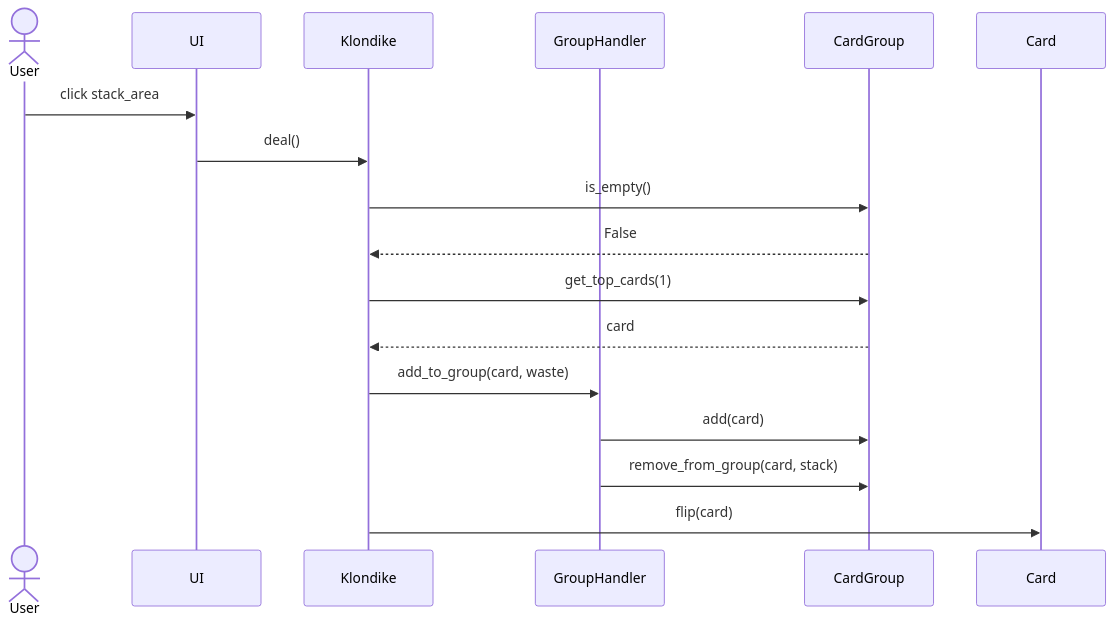
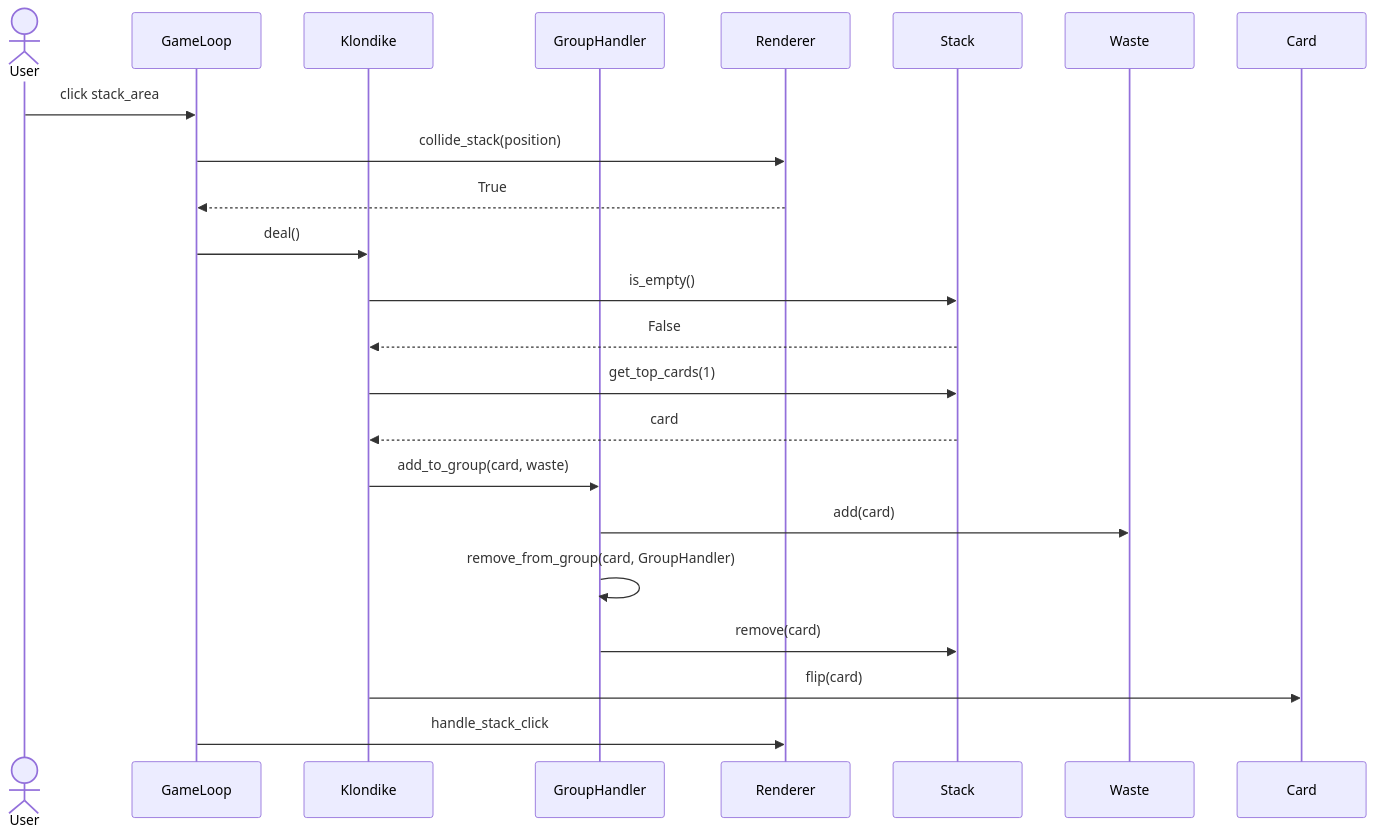
Before and after one commit to pankalai/ot-harjoitustyo: the fourth of 5 diagrams in pasianssi-app/dokumentaatio/arkkitehtuuri.md, drawn with Mermaid. The commit also changed other lines of this file and 59 other files, not shown here.

````diff
--- a/pasianssi-app/dokumentaatio/arkkitehtuuri.md
+++ b/pasianssi-app/dokumentaatio/arkkitehtuuri.md
@@ -114,20 +110,21 @@
 ```mermaid
 sequenceDiagram
   actor User
-  participant UI
+  participant GameLoop
   participant Klondike
   participant GroupHandler
-  User->>UI: click stack_area
-  UI->>Klondike: deal()
-  Klondike->>CardGroup: is_empty()
-  CardGroup-->>Klondike: False
-  Klondike->>CardGroup: get_top_cards(1)
-  CardGroup-->>Klondike: card
+  User->> GameLoop: click stack_area
+  GameLoop->>Renderer: collide_stack(position)
+  Renderer-->>GameLoop: True
+  GameLoop->>Klondike: deal()
+  Klondike->>Stack: is_empty()
+  Stack-->>Klondike: False
+  Klondike->>Stack: get_top_cards(1)
+  Stack-->>Klondike: card
   Klondike->>GroupHandler: add_to_group(card, waste)
-  GroupHandler->>CardGroup: add(card)
-  GroupHandler->>CardGroup: remove_from_group(card, stack)
-  Klondike->>Card: flip(card)
- 
-
-  
+  GroupHandler ->> Waste: add(card)
+  GroupHandler ->> GroupHandler: remove_from_group(card, GroupHandler)
+  GroupHandler ->> Stack: remove(card)
+  Klondike ->> Card: flip(card)
+  GameLoop ->> Renderer: handle_stack_click
 ```
````
